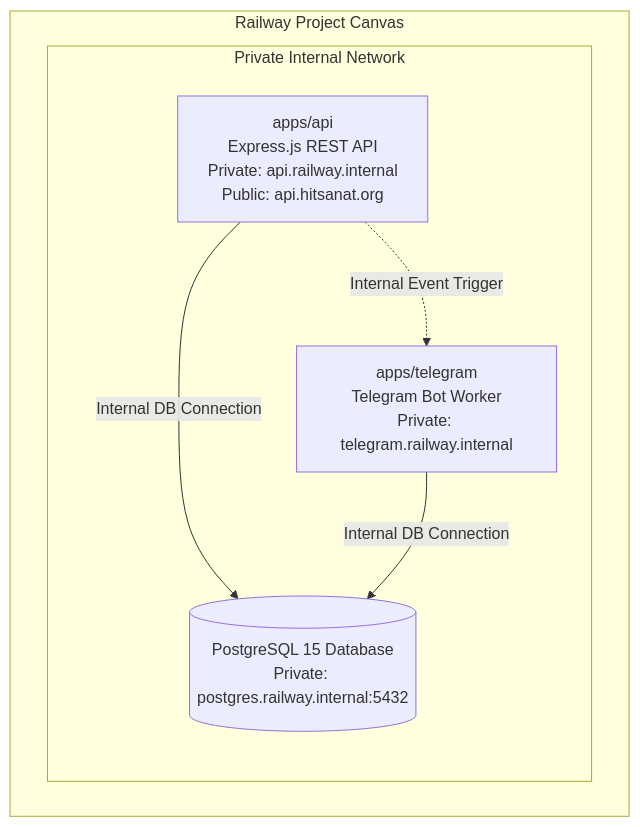
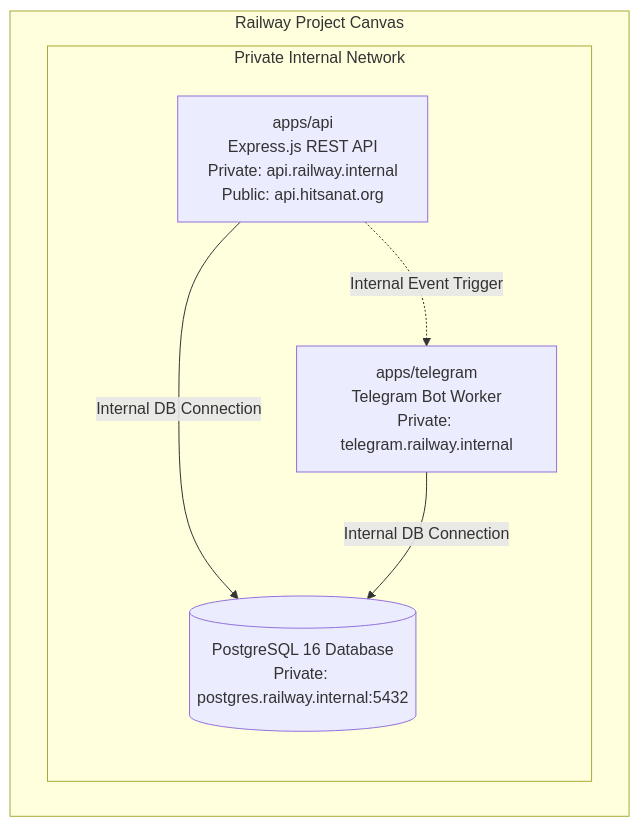
The diagram in docs/deployment/railway.md (Hitsanat-Kfl/hitsanat), drawn with Mermaid before and after one commit. The commit also changed other lines of this file and 59 other files, not shown here.

````diff
--- a/docs/deployment/railway.md
+++ b/docs/deployment/railway.md
@@ -14,14 +14,14 @@
 ```mermaid
 graph TD
     subgraph Railway Project Canvas
         subgraph Private Internal Network
             RailwayAPI[apps/api<br/>Express.js REST API<br/>Private: api.railway.internal<br/>Public: api.hitsanat.org]
             RailwayWorker[apps/telegram<br/>Telegram Bot Worker<br/>Private: telegram.railway.internal]
-            RailwayDB[(PostgreSQL 15 Database<br/>Private: postgres.railway.internal:5432)]
+            RailwayDB[(PostgreSQL 16 Database<br/>Private: postgres.railway.internal:5432)]
         end
     end
 
     RailwayAPI -->|Internal DB Connection| RailwayDB
     RailwayWorker -->|Internal DB Connection| RailwayDB
     RailwayAPI -.->|Internal Event Trigger| RailwayWorker
 ```
````
